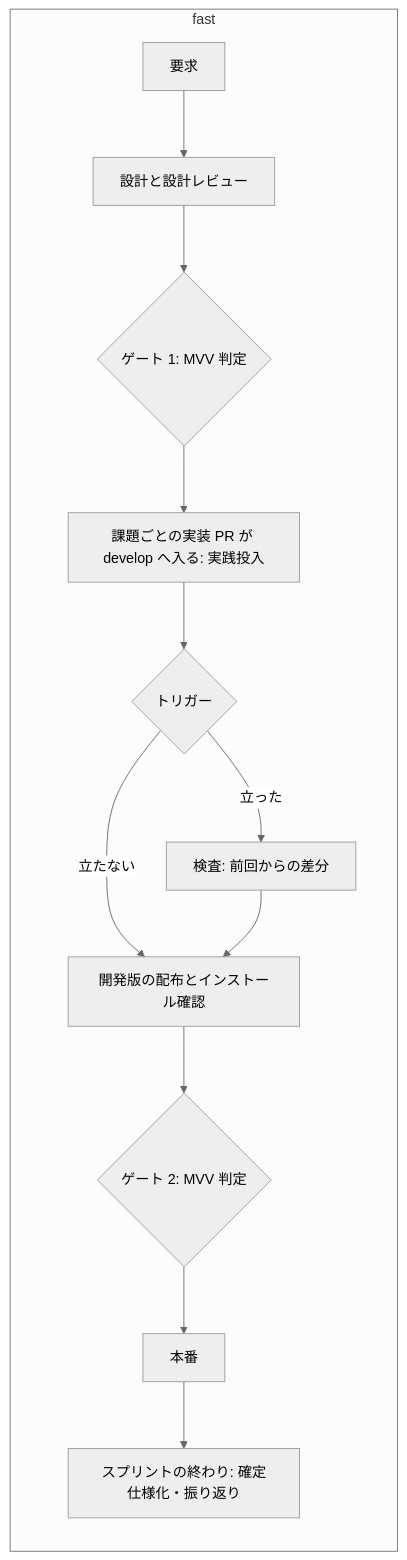
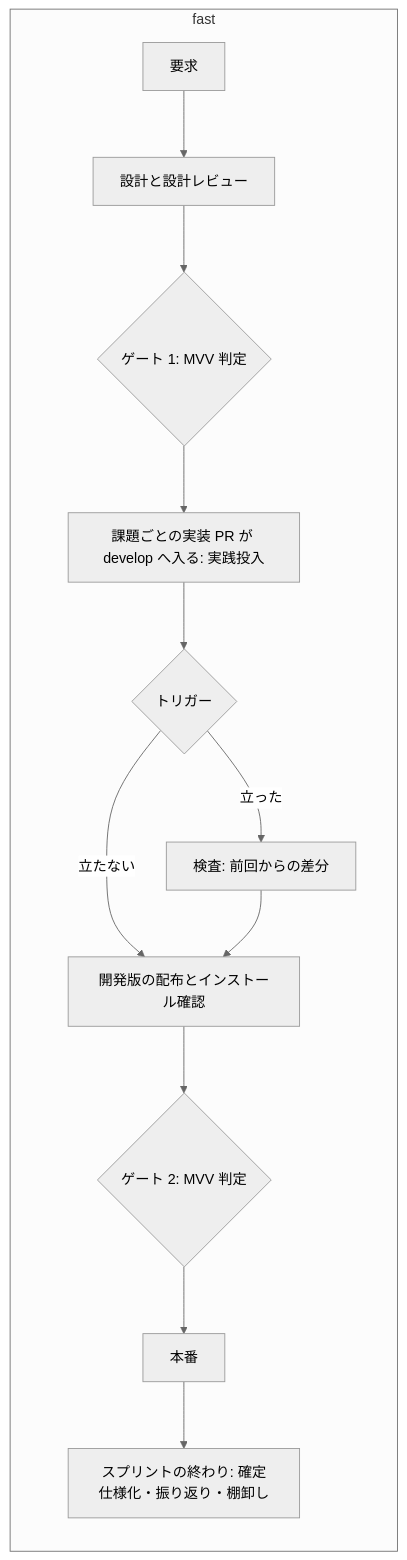
One commit to devbasex/ai-plugins changed the third of 3 diagrams in plugins/ndf/skills/development-workflow/references/pace.md. Above: the diagram before and after it, drawn with Mermaid (neutral theme). The commit also changed other lines of this file and 16 other files, not shown here.

````diff
--- a/plugins/ndf/skills/development-workflow/references/pace.md
+++ b/plugins/ndf/skills/development-workflow/references/pace.md
@@ -47,13 +47,13 @@
 ```mermaid
 graph LR
     subgraph fast
         F1[要求] --> F2[設計と設計レビュー] --> F3{ゲート 1: MVV 判定}
         F3 --> F4[課題ごとの実装 PR が develop へ入る: 実践投入]
         F4 --> F5{トリガー}
         F5 -->|立った| F6[検査: 前回からの差分]
         F5 -->|立たない| F7[開発版の配布とインストール確認]
         F6 --> F7
         F7 --> F8{ゲート 2: MVV 判定} --> F9[本番]
-        F9 --> F10[スプリントの終わり: 確定仕様化・振り返り]
+        F9 --> F10[スプリントの終わり: 確定仕様化・振り返り・棚卸し]
     end
 ```
````
